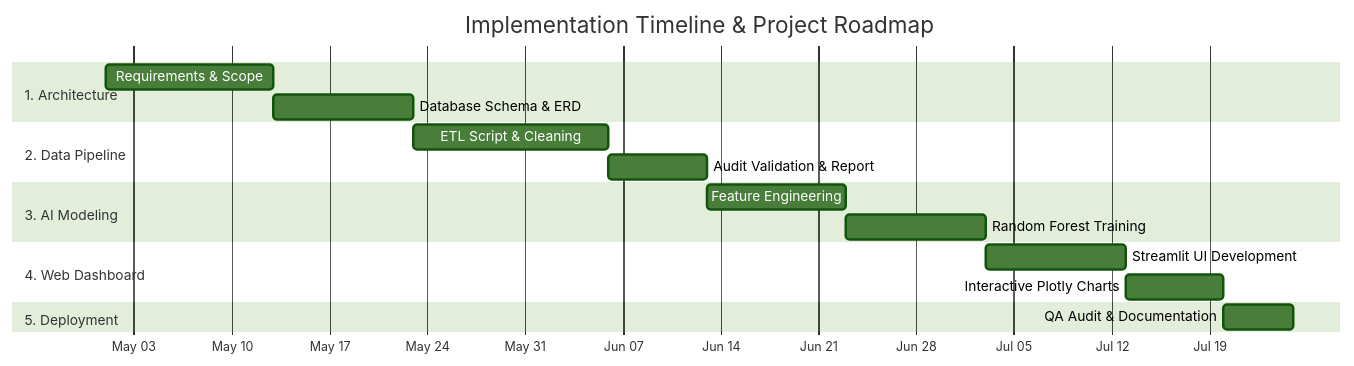
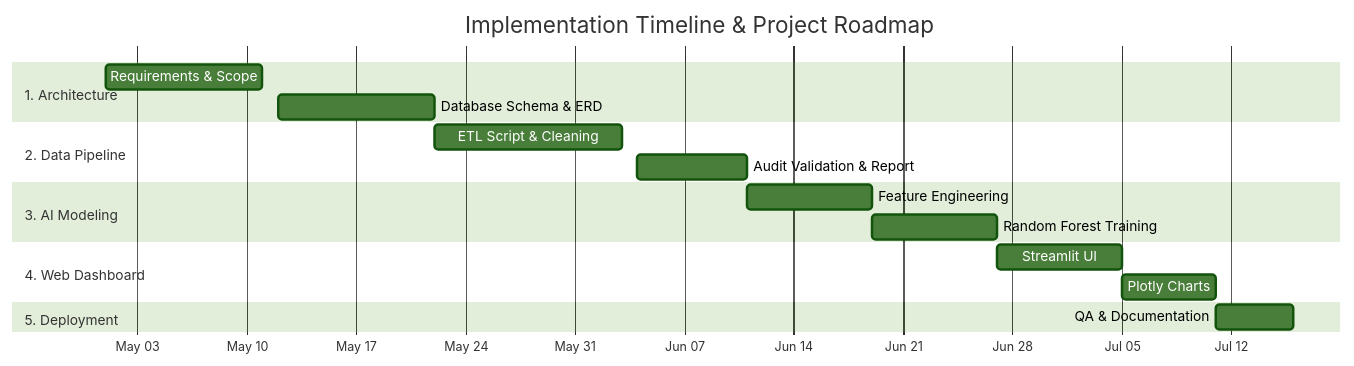
The diagram in docs/01_Project_Proposal_and_Planning.md (Huda-Amr/carbon-heist-mitigation), drawn with Mermaid (forest theme) before and after one commit. The commit also changed 1 other file, not shown here.

Commit message:
Add professionally formatted Word documentation and refine Gantt chart layout

````diff
--- a/docs/01_Project_Proposal_and_Planning.md
+++ b/docs/01_Project_Proposal_and_Planning.md
@@ -38,20 +38,20 @@
 ```mermaid
 gantt
     title Implementation Timeline & Project Roadmap
     dateFormat  YYYY-MM-DD
     axisFormat  %b %d
     section 1. Architecture
-    Requirements & Scope         :a1, 2026-05-01, 12d
-    Database Schema & ERD        :a2, after a1, 10d
+    Requirements & Scope         :a1, 2026-05-01, 10d
+    Database Schema & ERD        :a2, 2026-05-12, 10d
     section 2. Data Pipeline
-    ETL Script & Cleaning        :b1, 2026-05-23, 14d
-    Audit Validation & Report    :b2, after b1, 7d
+    ETL Script & Cleaning        :b1, 2026-05-22, 12d
+    Audit Validation & Report    :b2, 2026-06-04, 7d
     section 3. AI Modeling
-    Feature Engineering          :c1, 2026-06-13, 10d
-    Random Forest Training       :c2, after c1, 10d
+    Feature Engineering          :c1, 2026-06-11, 8d
+    Random Forest Training       :c2, 2026-06-19, 8d
     section 4. Web Dashboard
-    Streamlit UI Development     :d1, 2026-07-03, 10d
-    Interactive Plotly Charts    :d2, after d1, 7d
+    Streamlit UI                 :d1, 2026-06-27, 8d
+    Plotly Charts                :d2, 2026-07-05, 6d
     section 5. Deployment
-    QA Audit & Documentation     :e1, after d2, 5d
+    QA & Documentation           :e1, 2026-07-11, 5d
 ```
````
